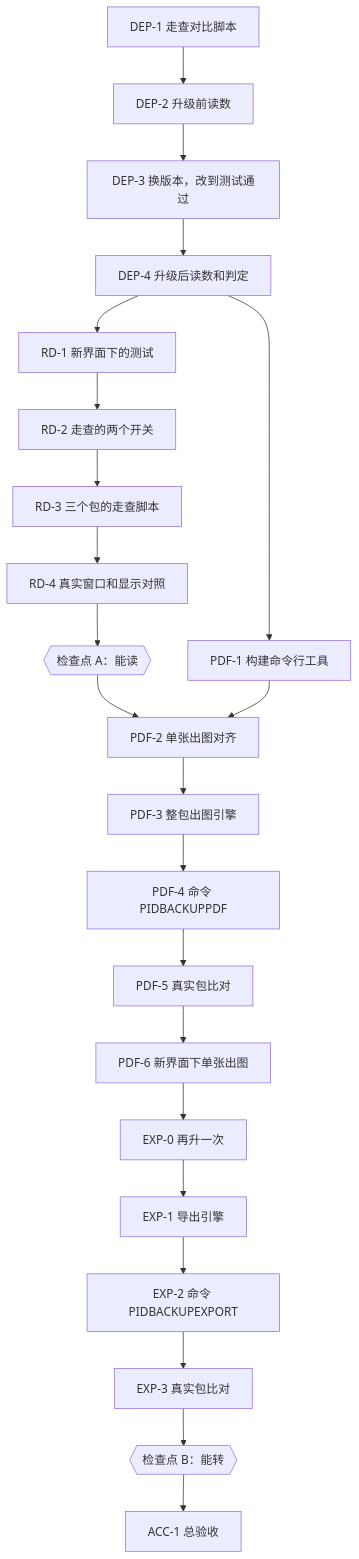
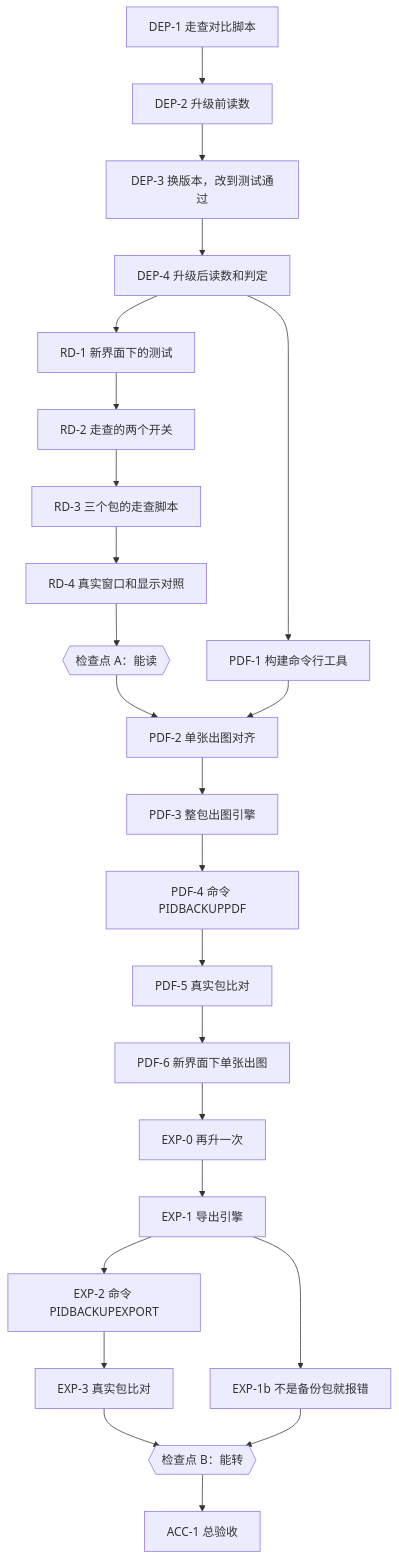
One commit to happyrust/OpenCADStudio changed the diagram in docs/plans/2026-11-17-sppid-backup-publish/plan.md. Above: the diagram before and after it, drawn with Mermaid. The commit also changed other lines of this file and 2 other files, not shown here.

First line of the commit message:
计划补记：另加任务 EXP-1b——不是备份包的来源，PIDBACKUPOPEN 报错

````diff
--- a/docs/plans/2026-11-17-sppid-backup-publish/plan.md
+++ b/docs/plans/2026-11-17-sppid-backup-publish/plan.md
@@ -95,24 +95,26 @@
 ```mermaid
 flowchart TD
     DEP1["DEP-1 走查对比脚本"] --> DEP2["DEP-2 升级前读数"]
     DEP2 --> DEP3["DEP-3 换版本，改到测试通过"]
     DEP3 --> DEP4["DEP-4 升级后读数和判定"]
     DEP4 --> RD1["RD-1 新界面下的测试"]
     RD1 --> RD2["RD-2 走查的两个开关"]
     RD2 --> RD3["RD-3 三个包的走查脚本"]
     RD3 --> RD4["RD-4 真实窗口和显示对照"]
     RD4 --> A{{"检查点 A：能读"}}
     DEP4 --> PDF1["PDF-1 构建命令行工具"]
     A --> PDF2["PDF-2 单张出图对齐"]
     PDF1 --> PDF2
     PDF2 --> PDF3["PDF-3 整包出图引擎"]
     PDF3 --> PDF4["PDF-4 命令 PIDBACKUPPDF"]
     PDF4 --> PDF5["PDF-5 真实包比对"]
     PDF5 --> PDF6["PDF-6 新界面下单张出图"]
     PDF6 --> EXP0["EXP-0 再升一次"]
     EXP0 --> EXP1["EXP-1 导出引擎"]
     EXP1 --> EXP2["EXP-2 命令 PIDBACKUPEXPORT"]
     EXP2 --> EXP3["EXP-3 真实包比对"]
     EXP3 --> B{{"检查点 B：能转"}}
+    EXP1 --> EXP1B["EXP-1b 不是备份包就报错"]
+    EXP1B --> B
     B --> ACC1["ACC-1 总验收"]
 ```
````
